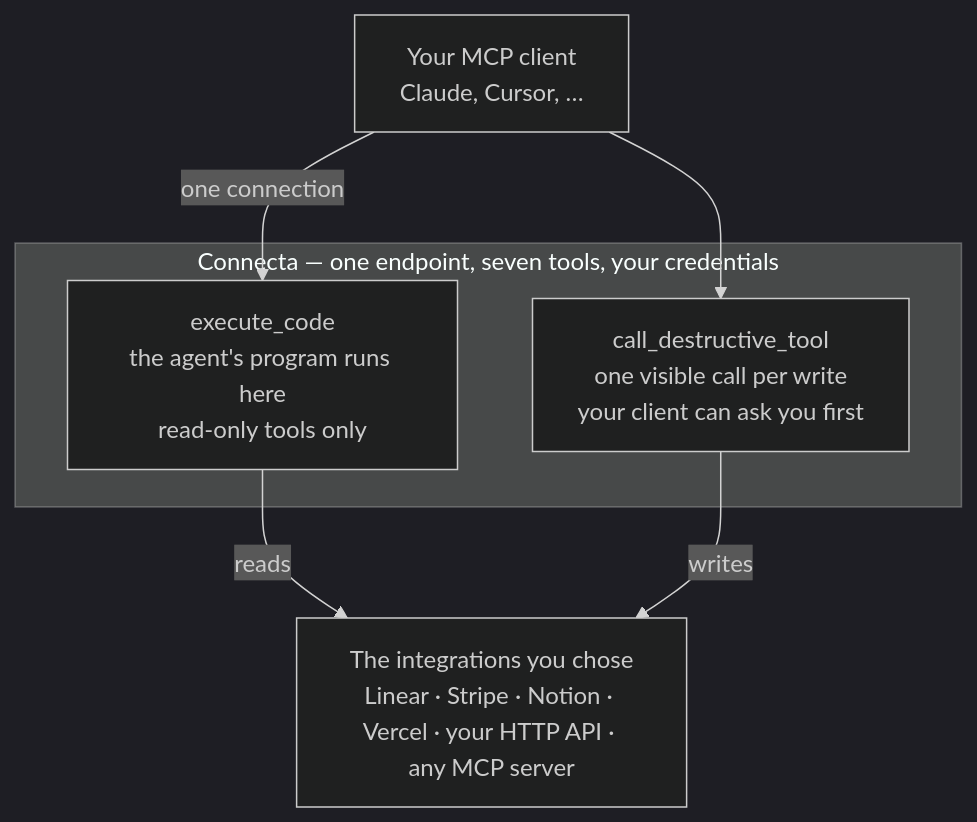
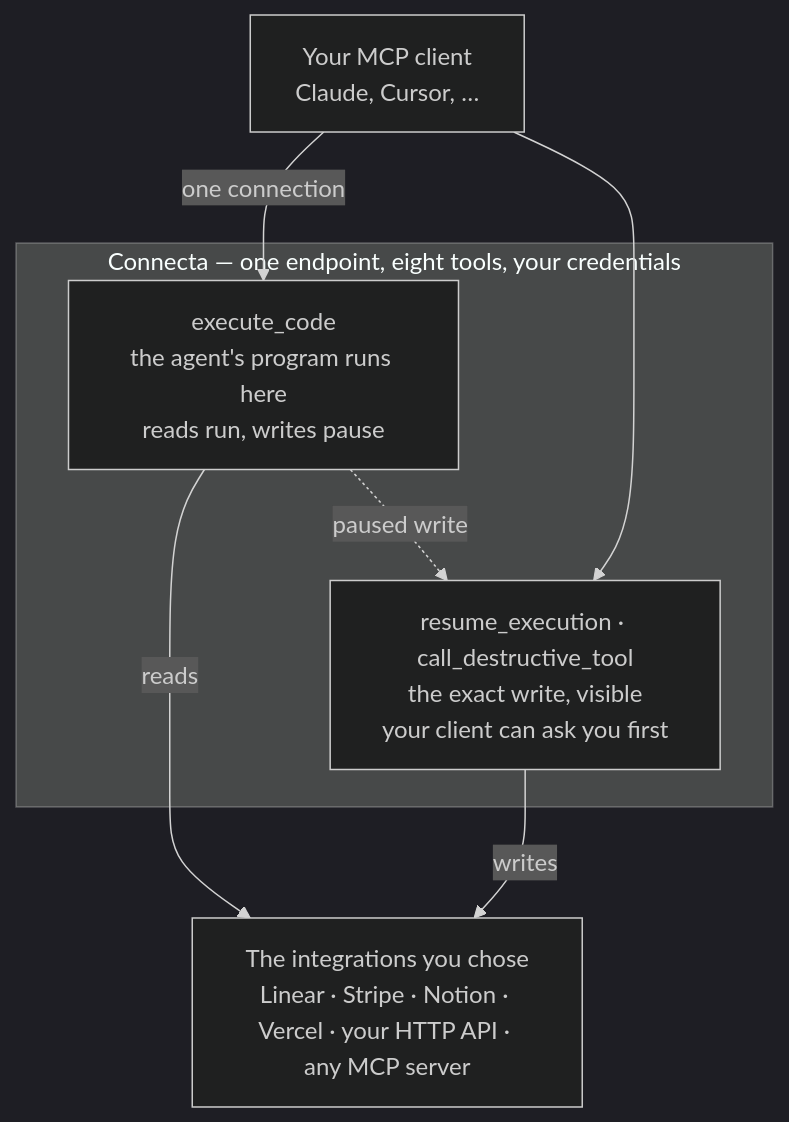
One commit to zackbart/connecta changed the diagram in README.md. Above: the diagram before and after it, drawn with Mermaid (dark theme). The commit also changed other lines of this file and 34 other files, not shown here.

First line of the commit message:
List resume_execution on every deployment and let programs write by default (#565)

````diff
--- a/README.md
+++ b/README.md
@@ -27,16 +30,17 @@
 ```mermaid
 flowchart TB
     Client["Your MCP client<br/>Claude, Cursor, …"]
 
-    subgraph Connecta["Connecta — one endpoint, seven tools, your credentials"]
-        Sandbox["execute_code<br/>the agent's program runs here<br/>read-only tools only"]
-        Explicit["call_destructive_tool<br/>one visible call per write<br/>your client can ask you first"]
+    subgraph Connecta["Connecta — one endpoint, eight tools, your credentials"]
+        Sandbox["execute_code<br/>the agent's program runs here<br/>reads run, writes pause"]
+        Explicit["resume_execution · call_destructive_tool<br/>the exact write, visible<br/>your client can ask you first"]
     end
 
     Integrations["The integrations you chose<br/>Linear · Stripe · Notion · Vercel · your HTTP API · any MCP server"]
 
     Client -->|"one connection"| Sandbox
     Client --> Explicit
     Sandbox -->|"reads"| Integrations
+    Sandbox -.->|"paused write"| Explicit
     Explicit -->|"writes"| Integrations
 ```
````
